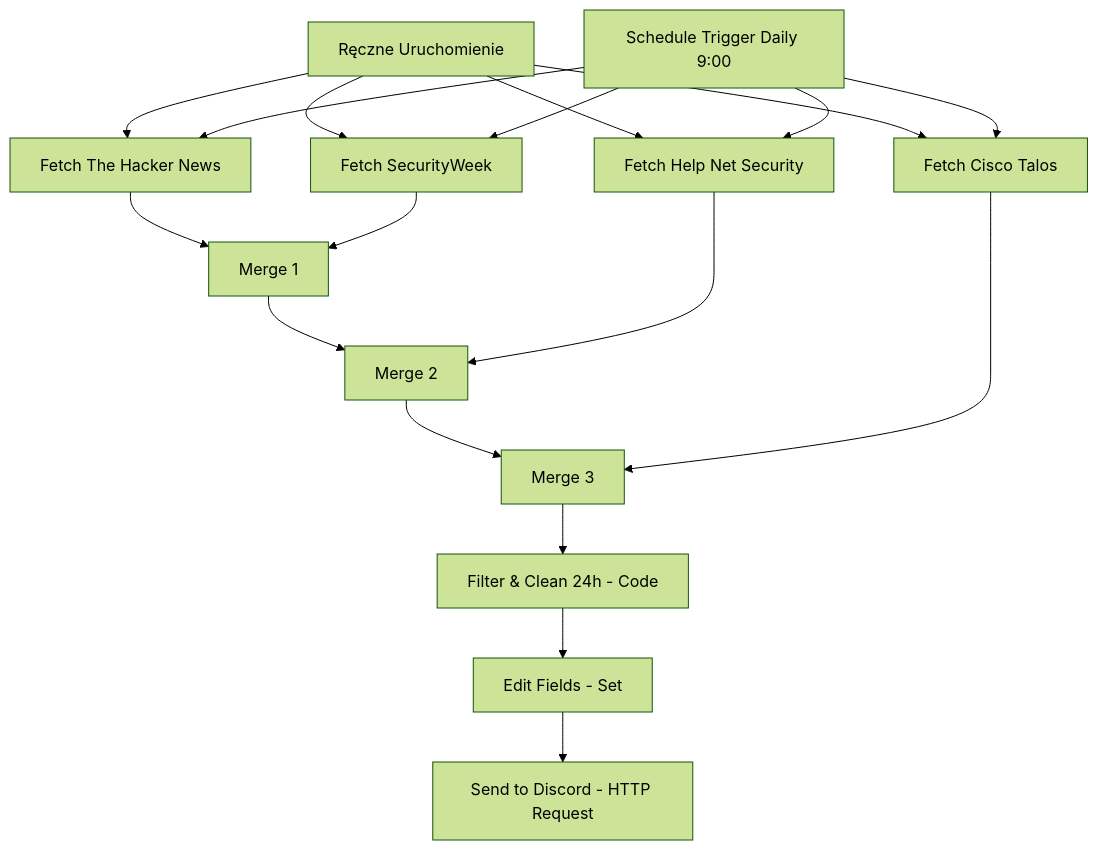
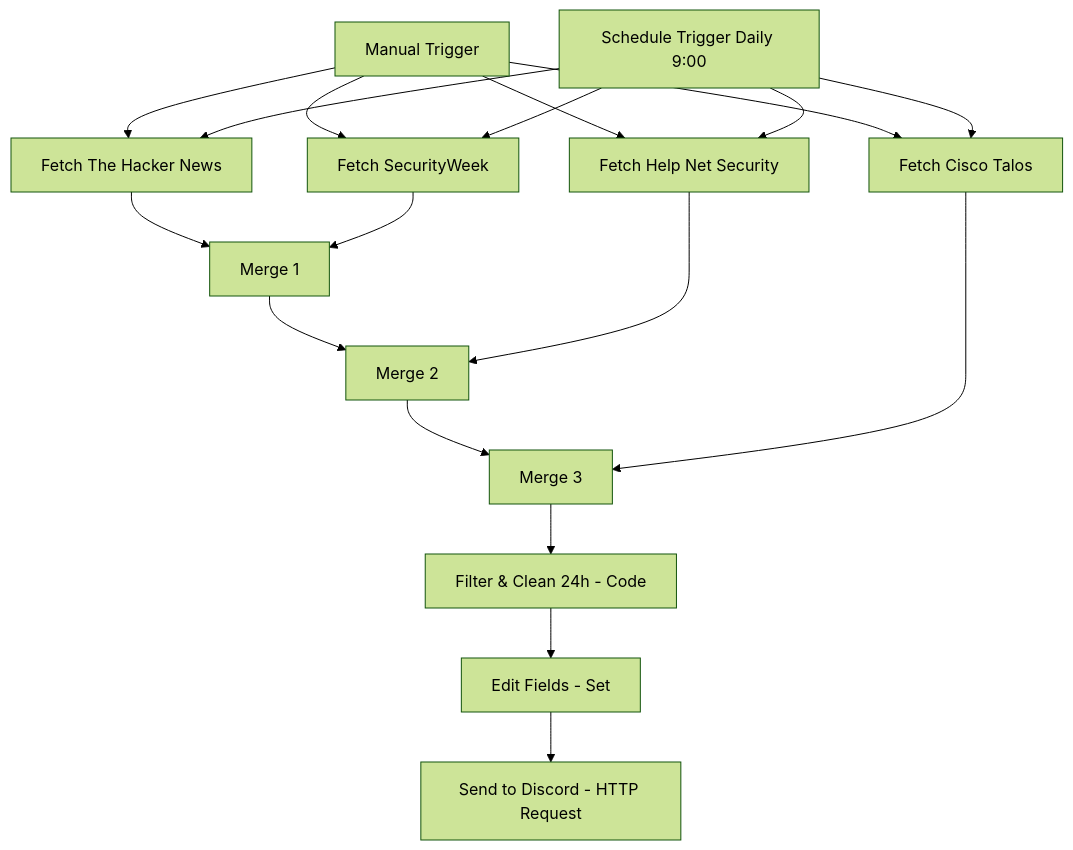
Before and after one commit to DeliciousToe/Breach-info-n8n: the diagram in README.md, drawn with Mermaid (forest theme). The commit also changed other lines of this file, not shown here.

````diff
--- a/README.md
+++ b/README.md
@@ -21,25 +21,25 @@
 ```mermaid
 graph TD
-    A[Ręczne Uruchomienie] --> F1[Fetch The Hacker News]
+    A[Manual Trigger] --> F1[Fetch The Hacker News]
     A --> F2[Fetch SecurityWeek]
     A --> F3[Fetch Help Net Security]
     A --> F4[Fetch Cisco Talos]
     
     B[Schedule Trigger Daily 9:00] --> F1
     B --> F2
     B --> F3
     B --> F4
     
     F1 --> M1[Merge 1]
     F2 --> M1
     
     M1 --> M2[Merge 2]
     F3 --> M2
     
     M2 --> M3[Merge 3]
     F4 --> M3
     
     M3 --> Filter[Filter & Clean 24h - Code]
     Filter --> EF[Edit Fields - Set]
     EF --> Discord[Send to Discord - HTTP Request]
 ```
````
